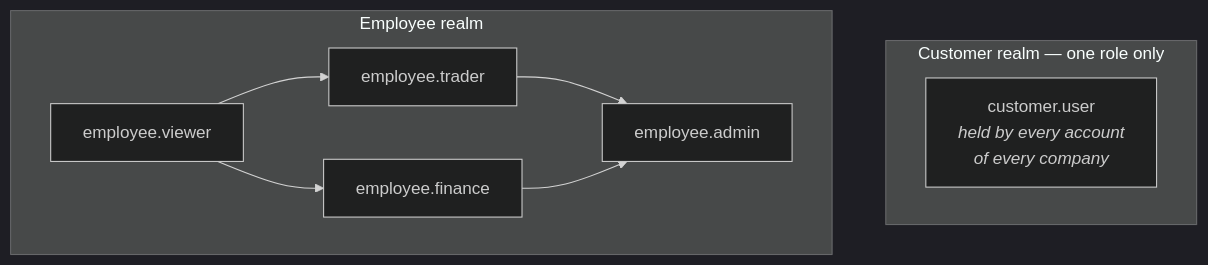
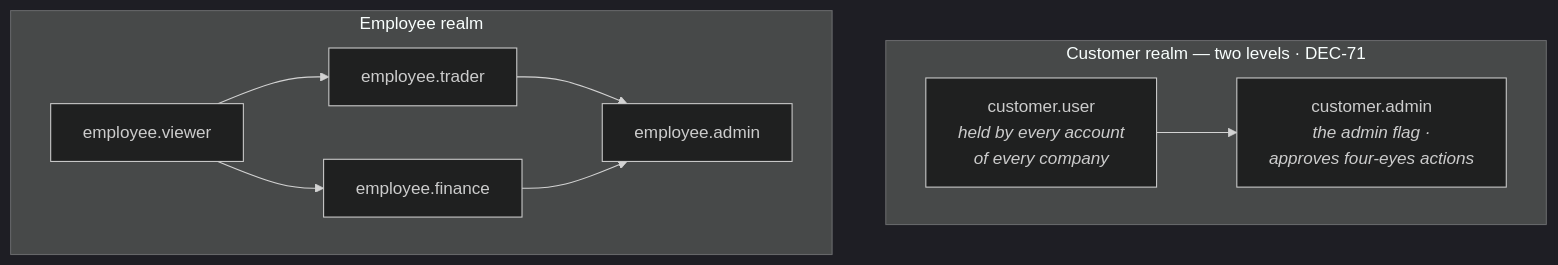
Before and after one commit to lukastosic-ifd/peakpowerspecs: the second of 2 diagrams in specs/00-overview/03-actors-and-roles.md, drawn with Mermaid (dark theme). The commit also changed other lines of this file and 66 other files, not shown here.

````diff
--- a/specs/00-overview/03-actors-and-roles.md
+++ b/specs/00-overview/03-actors-and-roles.md
@@ -149,16 +281,18 @@
 ```mermaid
 flowchart TB
-    subgraph cust["Customer realm — one role only"]
+    subgraph cust["Customer realm — two levels · DEC-71"]
         CUSER["customer.user<br/><i>held by every account<br/>of every company</i>"]
+        CADMIN["customer.admin<br/><i>the admin flag ·<br/>approves four-eyes actions</i>"]
     end
     subgraph emp["Employee realm"]
         VIEWER["employee.viewer"]
         TRADER["employee.trader"]
         FINANCE["employee.finance"]
         ADMIN["employee.admin"]
     end
+    CUSER --> CADMIN
     VIEWER --> TRADER
     VIEWER --> FINANCE
     TRADER --> ADMIN
     FINANCE --> ADMIN
 ```
````
